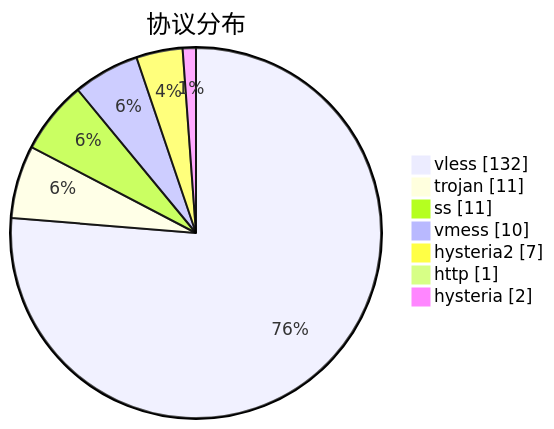
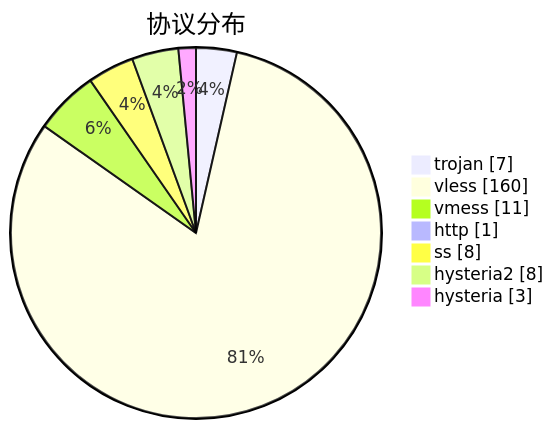
One commit to sinspired/airport changed the third of 3 diagrams in subs/statistics/tested_within.md. Above: the diagram before and after it, drawn with Mermaid. The commit also changed other lines of this file and 2 other files, not shown here.

````diff
--- a/subs/statistics/tested_within.md
+++ b/subs/statistics/tested_within.md
@@ -33,11 +32,11 @@
 ```mermaid
 pie showData
 title 协议分布
-"vless" : 132
-"trojan" : 11
-"ss" : 11
-"vmess" : 10
-"hysteria2" : 7
+"trojan" : 7
+"vless" : 160
+"vmess" : 11
 "http" : 1
-"hysteria" : 2
+"ss" : 8
+"hysteria2" : 8
+"hysteria" : 3
 ```
````
